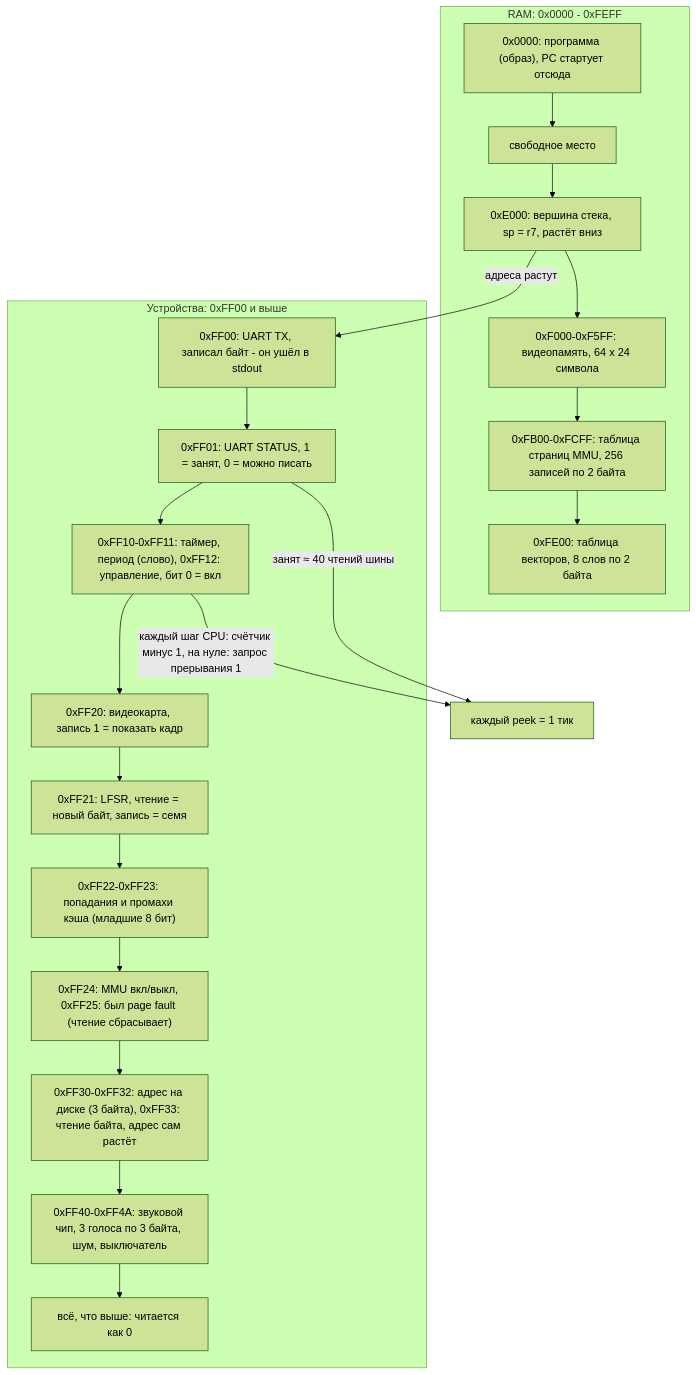
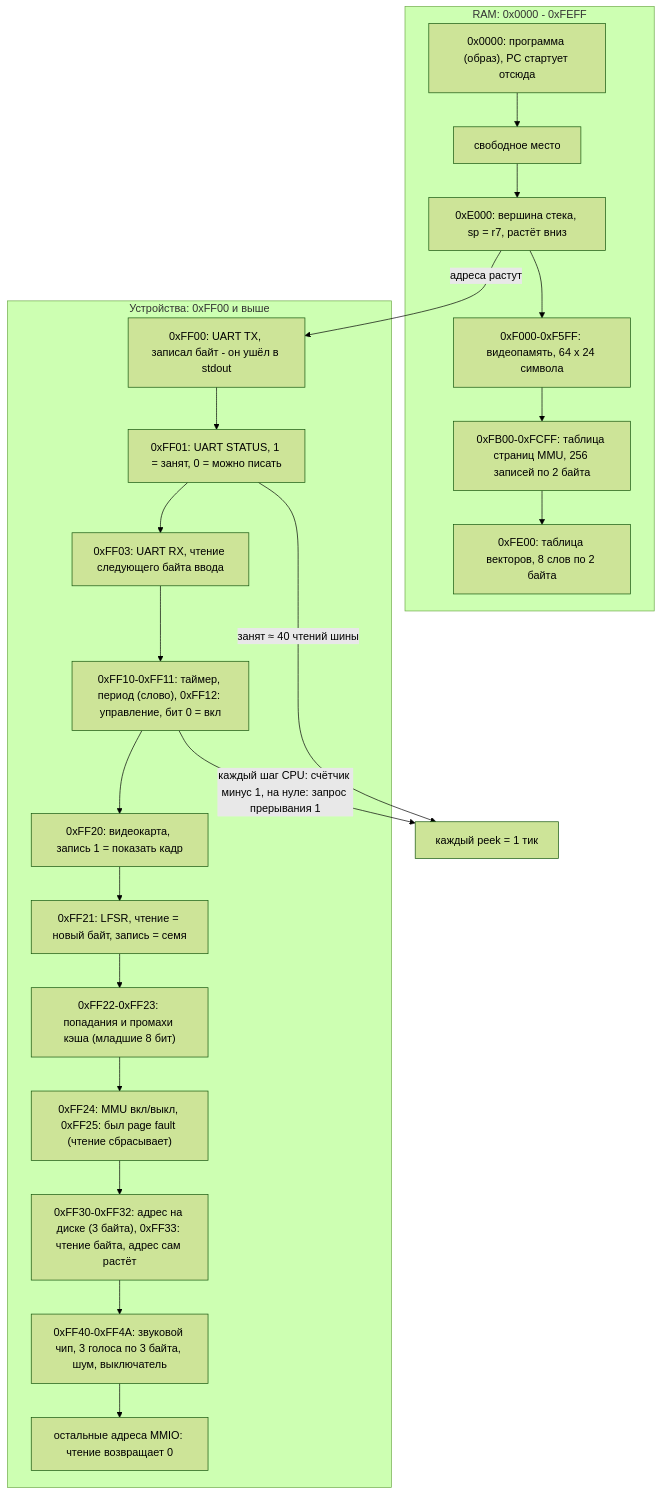
One commit to loki5512344ss/SummumOS changed the fifth of 40 diagrams in чертежи.md. Above: the diagram before and after it, drawn with Mermaid (forest theme). The commit also changed other lines of this file and 40 other files, not shown here.

````diff
--- a/чертежи.md
+++ b/чертежи.md
@@ -87,30 +88,31 @@
 ```mermaid
 graph TB
     subgraph RAM["RAM: 0x0000 - 0xFEFF"]
         prog["0x0000: программа (образ), PC стартует отсюда"]
         free["свободное место"]
         stack["0xE000: вершина стека, sp = r7, растёт вниз"]
         vram["0xF000-0xF5FF: видеопамять, 64 x 24 символа"]
         pt["0xFB00-0xFCFF: таблица страниц MMU, 256 записей по 2 байта"]
         vt["0xFE00: таблица векторов, 8 слов по 2 байта"]
         prog --> free --> stack --> vram --> pt --> vt
     end
 
     subgraph MMIO["Устройства: 0xFF00 и выше"]
         tx["0xFF00: UART TX, записал байт - он ушёл в stdout"]
         st["0xFF01: UART STATUS, 1 = занят, 0 = можно писать"]
+        rx["0xFF03: UART RX, чтение следующего байта ввода"]
         vid["0xFF20: видеокарта, запись 1 = показать кадр"]
         rng["0xFF21: LFSR, чтение = новый байт, запись = семя"]
         cac["0xFF22-0xFF23: попадания и промахи кэша (младшие 8 бит)"]
         mmu["0xFF24: MMU вкл/выкл, 0xFF25: был page fault (чтение сбрасывает)"]
         disk["0xFF30-0xFF32: адрес на диске (3 байта), 0xFF33: чтение байта, адрес сам растёт"]
         psg["0xFF40-0xFF4A: звуковой чип, 3 голоса по 3 байта, шум, выключатель"]
         tm["0xFF10-0xFF11: таймер, период (слово), 0xFF12: управление, бит 0 = вкл"]
-        rest["всё, что выше: читается как 0"]
-        tx --> st --> tm --> vid --> rng --> cac --> mmu --> disk --> psg --> rest
+        rest["остальные адреса MMIO: чтение возвращает 0"]
+        tx --> st --> rx --> tm --> vid --> rng --> cac --> mmu --> disk --> psg --> rest
     end
 
     stack -->|"адреса растут"| tx
     st -->|"занят ≈ 40 чтений шины"| tick["каждый peek = 1 тик"]
     tm -->|"каждый шаг CPU: счётчик минус 1, на нуле: запрос прерывания 1"| tick
 ```
````
